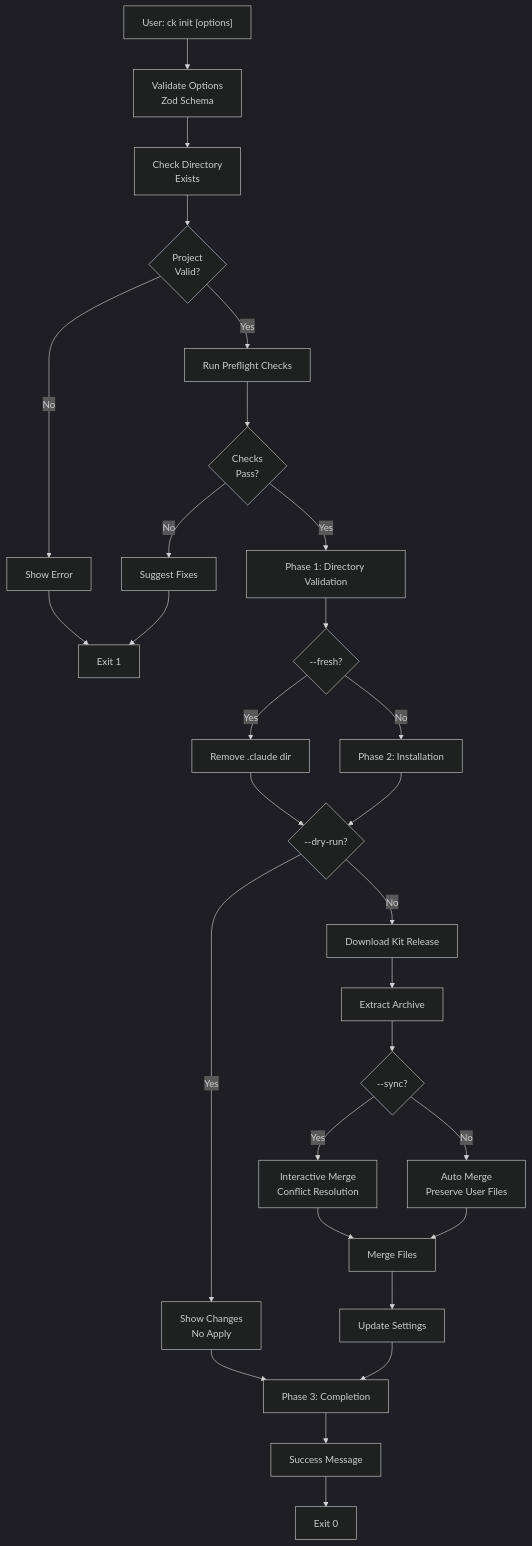
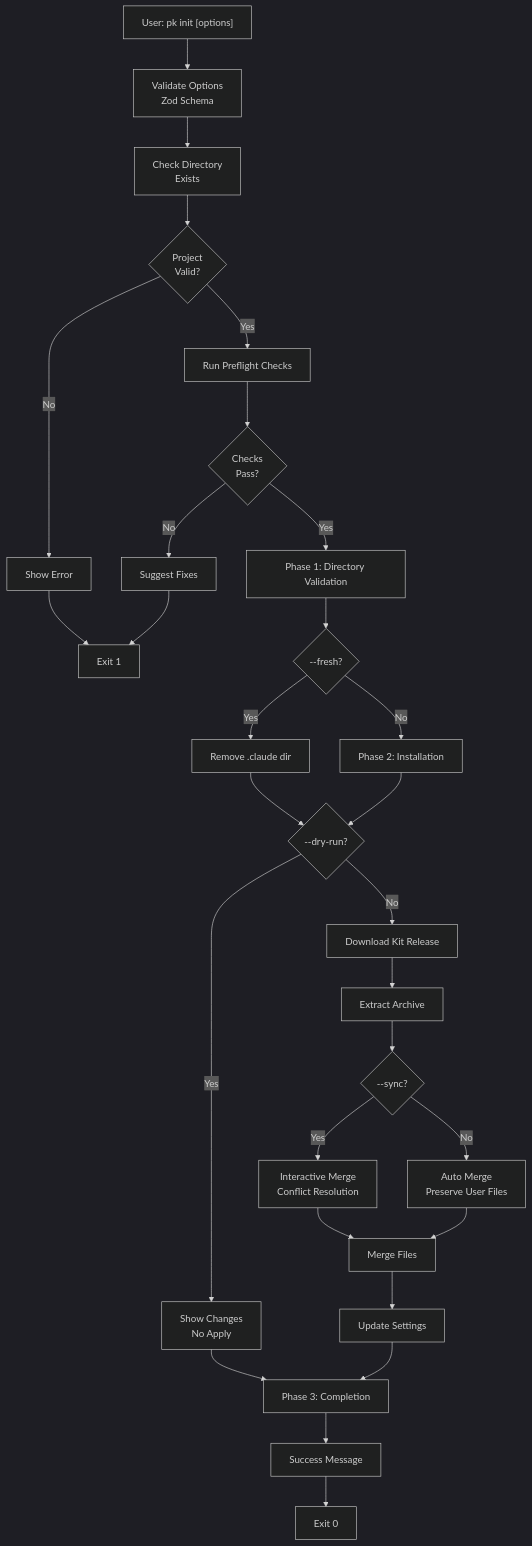
One commit to sagozen/pankit-cli changed the third of 12 diagrams in docs/ck-command-flow-guide.md. Above: the diagram before and after it, drawn with Mermaid (dark theme). The commit also changed other lines of this file and 275 other files, not shown here.

````diff
--- a/docs/ck-command-flow-guide.md
+++ b/docs/ck-command-flow-guide.md
@@ -116,31 +116,31 @@
 ```mermaid
 flowchart TD
-    A["User: ck init [options]"] --> B["Validate Options<br/>Zod Schema"]
+    A["User: pk init [options]"] --> B["Validate Options<br/>Zod Schema"]
     B --> C["Check Directory<br/>Exists"]
     C --> D{"Project<br/>Valid?"}
     D -->|No| E["Show Error"]
     E --> F["Exit 1"]
     D -->|Yes| G["Run Preflight Checks"]
     G --> H{"Checks<br/>Pass?"}
     H -->|No| I["Suggest Fixes"]
     I --> F
     H -->|Yes| J["Phase 1: Directory Validation"]
     J --> K{"--fresh?"}
     K -->|Yes| L["Remove .claude dir"]
     K -->|No| M["Phase 2: Installation"]
     L --> N{"--dry-run?"}
     M --> N
     N -->|Yes| O["Show Changes<br/>No Apply"]
     N -->|No| P["Download Kit Release"]
     O --> Q["Phase 3: Completion"]
     P --> R["Extract Archive"]
     R --> S{"--sync?"}
     S -->|Yes| T["Interactive Merge<br/>Conflict Resolution"]
     S -->|No| U["Auto Merge<br/>Preserve User Files"]
     T --> V["Merge Files"]
     U --> V
     V --> W["Update Settings"]
     W --> Q
     Q --> X["Success Message"]
     X --> Y["Exit 0"]
 ```
````
